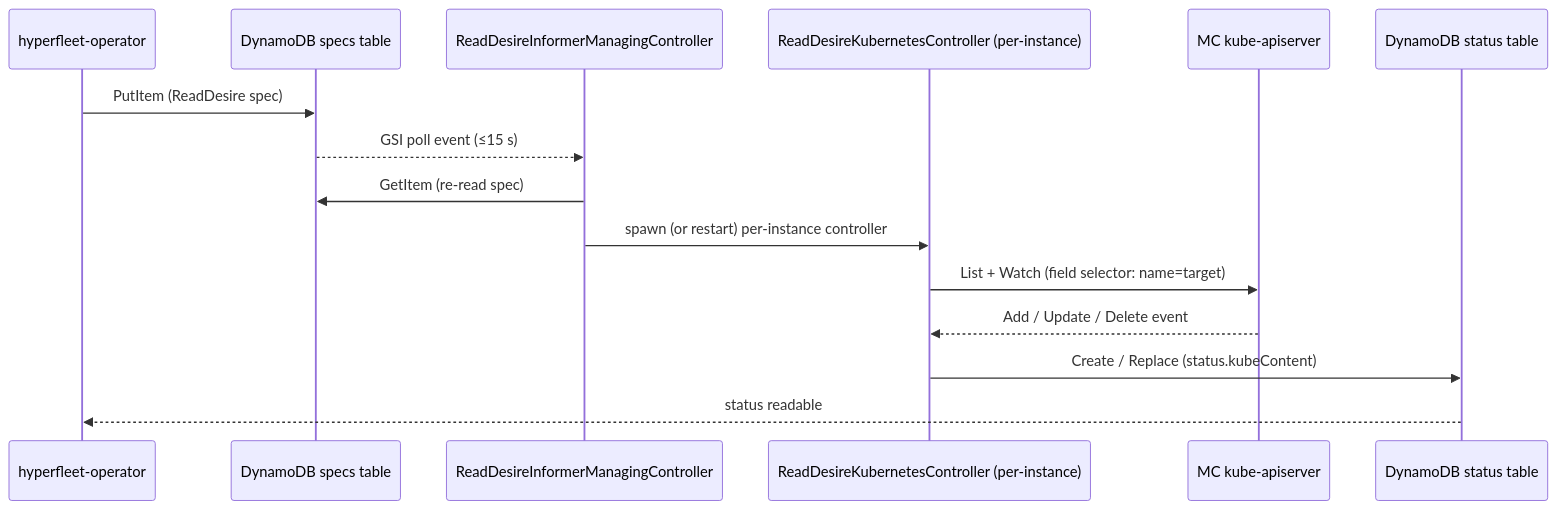
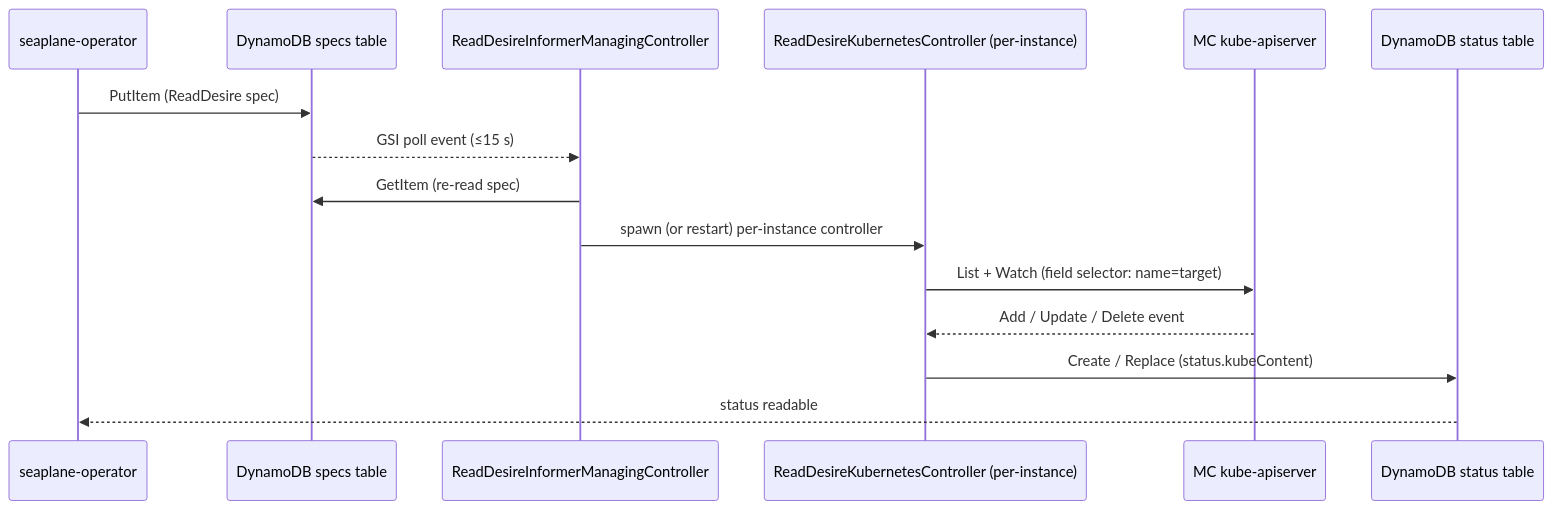
Before and after one commit to Alcamech/rosa-hyperfleet-kube-applier: the diagram in docs/read-desire-controller.md, drawn with Mermaid. The commit also changed other lines of this file and 58 other files, not shown here.

Commit message:
Renamed hyperfleet to seaplane

````diff
--- a/docs/read-desire-controller.md
+++ b/docs/read-desire-controller.md
@@ -27,18 +27,18 @@
 ```mermaid
 sequenceDiagram
-    participant HF as hyperfleet-operator
+    participant HF as seaplane-operator
     participant DBS as DynamoDB specs table
     participant MGR as ReadDesireInformerManagingController
     participant KUB as ReadDesireKubernetesController (per-instance)
     participant API as MC kube-apiserver
     participant DBT as DynamoDB status table
 
     HF->>DBS: PutItem (ReadDesire spec)
     DBS-->>MGR: GSI poll event (≤15 s)
     MGR->>DBS: GetItem (re-read spec)
     MGR->>KUB: spawn (or restart) per-instance controller
     KUB->>API: List + Watch (field selector: name=target)
     API-->>KUB: Add / Update / Delete event
     KUB->>DBT: Create / Replace (status.kubeContent)
     DBT-->>HF: status readable
 ```
````
